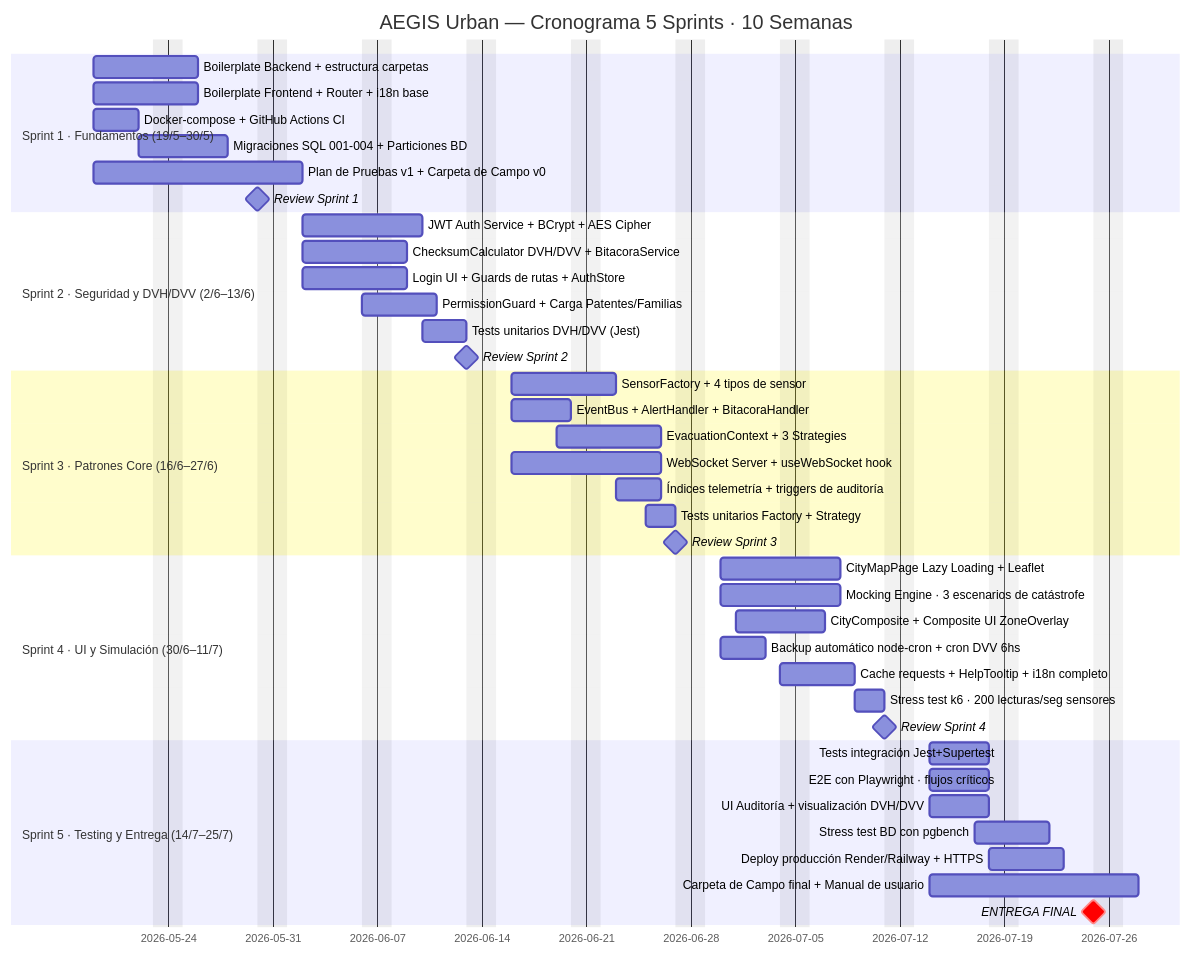
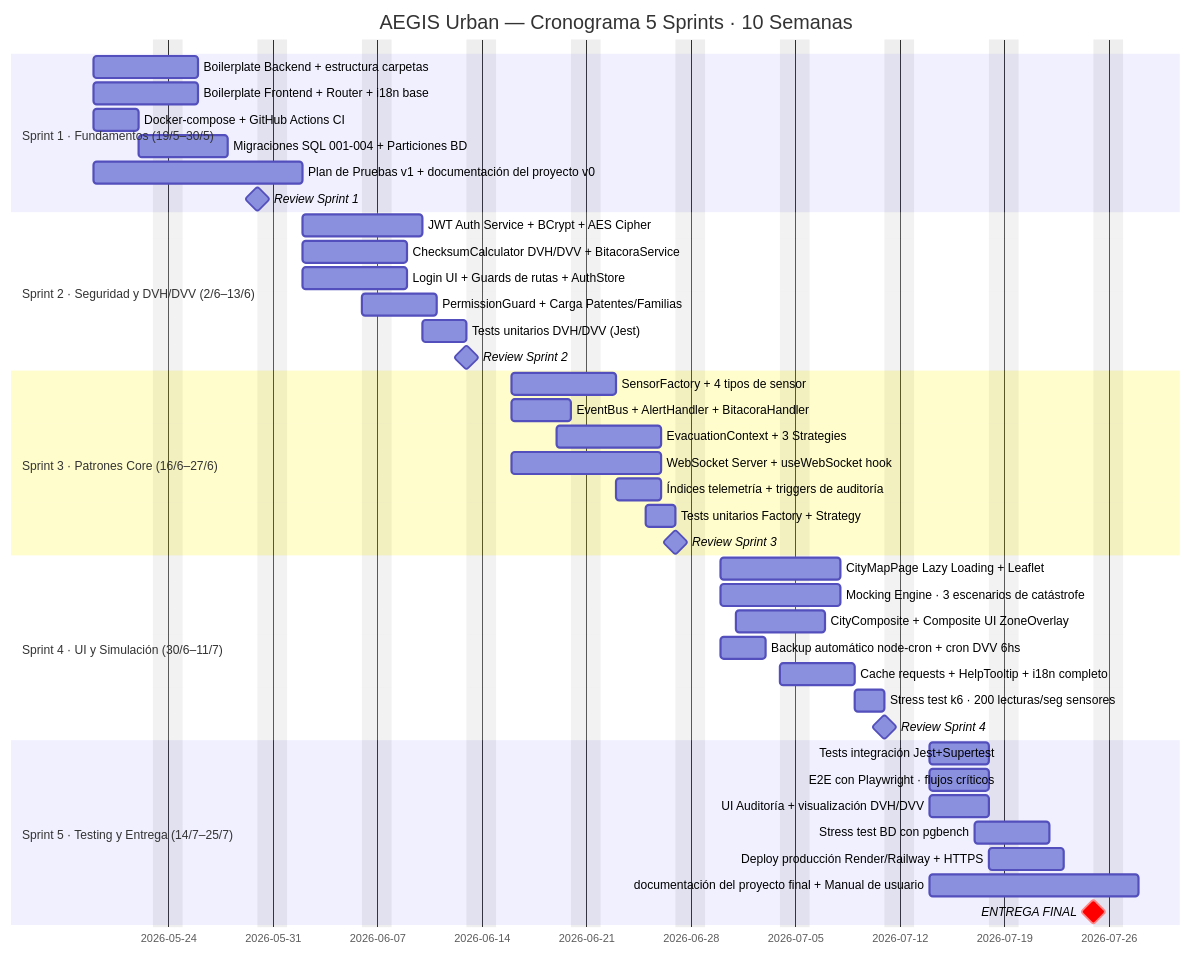
Before and after one commit to lobocarolinael36-boop/AEGIS-Urban: the third of 3 diagrams in docs/02-analisis-diseno.md, drawn with Mermaid. The commit also changed other lines of this file and 8 other files, not shown here.

````diff
--- a/docs/02-analisis-diseno.md
+++ b/docs/02-analisis-diseno.md
@@ -372,49 +372,49 @@
 ```mermaid
 gantt
     title AEGIS Urban — Cronograma 5 Sprints · 10 Semanas
     dateFormat  YYYY-MM-DD
     excludes    weekends
 
     section Sprint 1 · Fundamentos (19/5–30/5)
     Boilerplate Backend + estructura carpetas     :s1a, 2026-05-19, 5d
     Boilerplate Frontend + Router + i18n base     :s1b, 2026-05-19, 5d
     Docker-compose + GitHub Actions CI            :s1c, 2026-05-19, 3d
     Migraciones SQL 001-004 + Particiones BD      :s1d, 2026-05-22, 4d
-    Plan de Pruebas v1 + Carpeta de Campo v0      :s1e, 2026-05-19, 10d
+    Plan de Pruebas v1 + documentación del proyecto v0      :s1e, 2026-05-19, 10d
     Review Sprint 1                               :milestone, s1m, 2026-05-30, 0d
 
     section Sprint 2 · Seguridad y DVH/DVV (2/6–13/6)
     JWT Auth Service + BCrypt + AES Cipher        :s2a, 2026-06-02, 6d
     ChecksumCalculator DVH/DVV + BitacoraService  :s2b, 2026-06-02, 5d
     Login UI + Guards de rutas + AuthStore        :s2c, 2026-06-02, 5d
     PermissionGuard + Carga Patentes/Familias     :s2d, 2026-06-06, 4d
     Tests unitarios DVH/DVV (Jest)                :s2e, 2026-06-10, 3d
     Review Sprint 2                               :milestone, s2m, 2026-06-13, 0d
 
     section Sprint 3 · Patrones Core (16/6–27/6)
     SensorFactory + 4 tipos de sensor             :s3a, 2026-06-16, 5d
     EventBus + AlertHandler + BitacoraHandler     :s3b, 2026-06-16, 4d
     EvacuationContext + 3 Strategies              :s3c, 2026-06-19, 5d
     WebSocket Server + useWebSocket hook          :s3d, 2026-06-16, 8d
     Índices telemetría + triggers de auditoría    :s3e, 2026-06-23, 3d
     Tests unitarios Factory + Strategy            :s3f, 2026-06-25, 2d
     Review Sprint 3                               :milestone, s3m, 2026-06-27, 0d
 
     section Sprint 4 · UI y Simulación (30/6–11/7)
     CityMapPage Lazy Loading + Leaflet            :s4a, 2026-06-30, 6d
     Mocking Engine · 3 escenarios de catástrofe   :s4b, 2026-06-30, 6d
     CityComposite + Composite UI ZoneOverlay      :s4c, 2026-07-01, 4d
     Backup automático node-cron + cron DVV 6hs    :s4d, 2026-06-30, 3d
     Cache requests + HelpTooltip + i18n completo  :s4e, 2026-07-04, 4d
     Stress test k6 · 200 lecturas/seg sensores    :s4f, 2026-07-09, 2d
     Review Sprint 4                               :milestone, s4m, 2026-07-11, 0d
 
     section Sprint 5 · Testing y Entrega (14/7–25/7)
     Tests integración Jest+Supertest              :s5a, 2026-07-14, 4d
     E2E con Playwright · flujos críticos          :s5b, 2026-07-14, 4d
     UI Auditoría + visualización DVH/DVV          :s5c, 2026-07-14, 4d
     Stress test BD con pgbench                    :s5d, 2026-07-17, 3d
     Deploy producción Render/Railway + HTTPS      :s5e, 2026-07-18, 4d
-    Carpeta de Campo final + Manual de usuario    :s5f, 2026-07-14, 10d
+    documentación del proyecto final + Manual de usuario    :s5f, 2026-07-14, 10d
     ENTREGA FINAL                                 :milestone, crit, s5m, 2026-07-25, 0d
 ```
````
